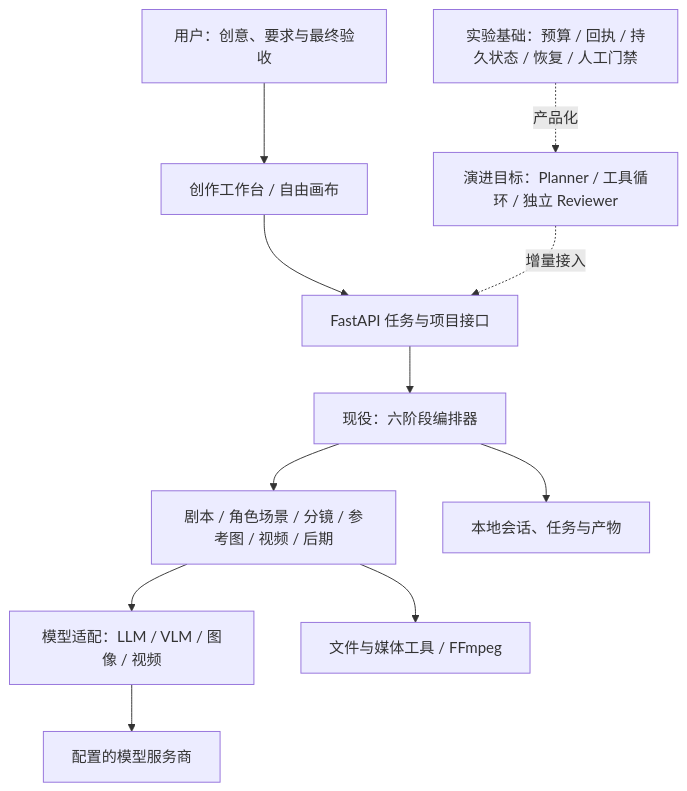
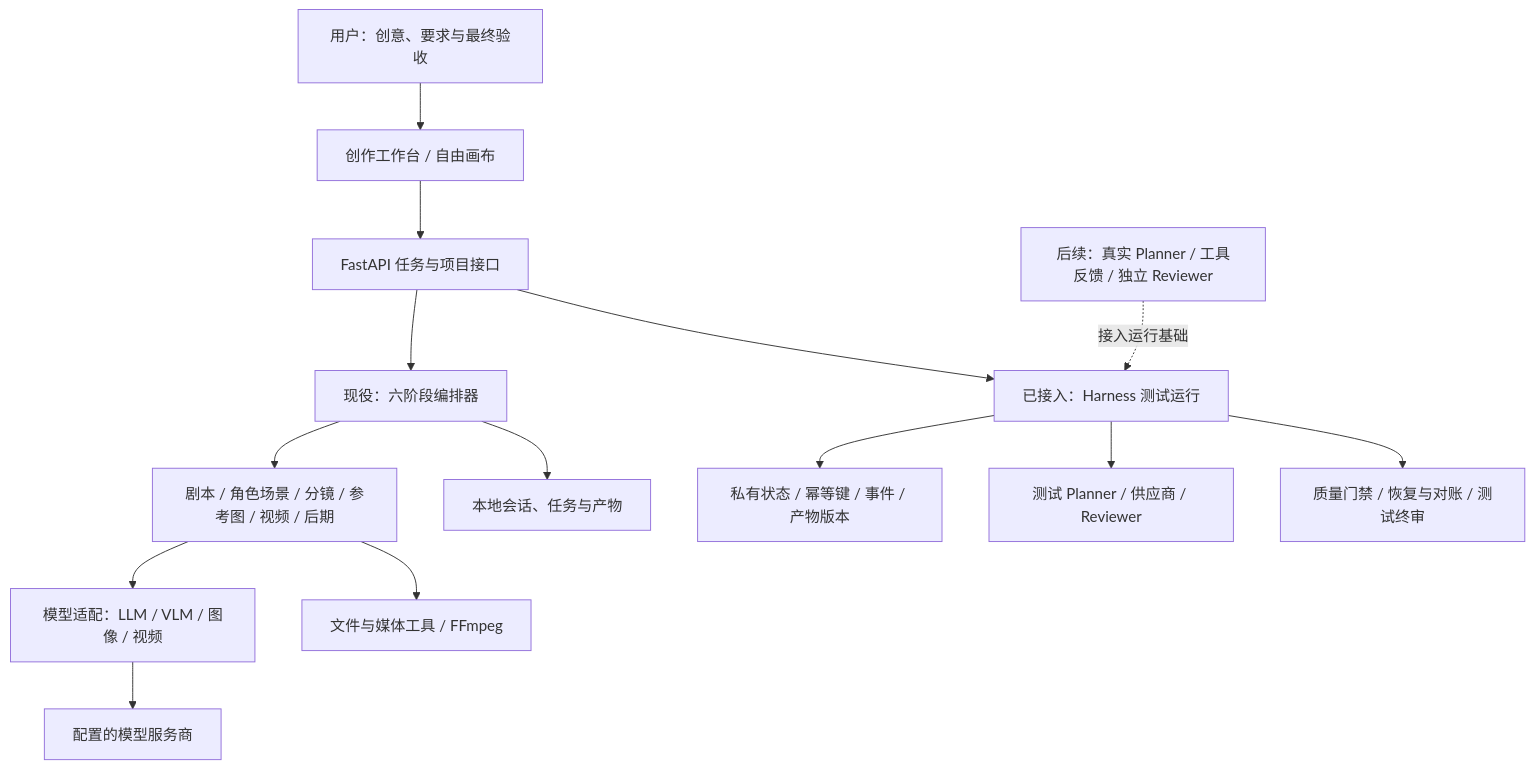
One commit to leo-ai-pm/LeonTV changed the diagram in README.md. Above: the diagram before and after it, drawn with Mermaid. The commit also changed other lines of this file and 34 other files, not shown here.

Commit message:
Integrate zero-cost Harness runtime into Studio

````diff
--- a/README.md
+++ b/README.md
@@ -66,13 +67,16 @@
 ```mermaid
 flowchart TD
     User[用户：创意、要求与最终验收] --> UI[创作工作台 / 自由画布]
     UI --> API[FastAPI 任务与项目接口]
     API --> Workflow[现役：六阶段编排器]
     Workflow --> Agents[剧本 / 角色场景 / 分镜 / 参考图 / 视频 / 后期]
     Agents --> Models[模型适配：LLM / VLM / 图像 / 视频]
     Agents --> Tools[文件与媒体工具 / FFmpeg]
     Workflow --> Store[本地会话、任务与产物]
     Models --> Providers[配置的模型服务商]
-    Harness[演进目标：Planner / 工具循环 / 独立 Reviewer] -.增量接入.-> API
-    Runtime[实验基础：预算 / 回执 / 持久状态 / 恢复 / 人工门禁] -.产品化.-> Harness
+    API --> Runtime[已接入：Harness 测试运行]
+    Runtime --> Private[私有状态 / 幂等键 / 事件 / 产物版本]
+    Runtime --> Fixtures[测试 Planner / 供应商 / Reviewer]
+    Runtime --> Gates[质量门禁 / 恢复与对账 / 测试终审]
+    Harness[后续：真实 Planner / 工具反馈 / 独立 Reviewer] -.接入运行基础.-> Runtime
 ```
````
